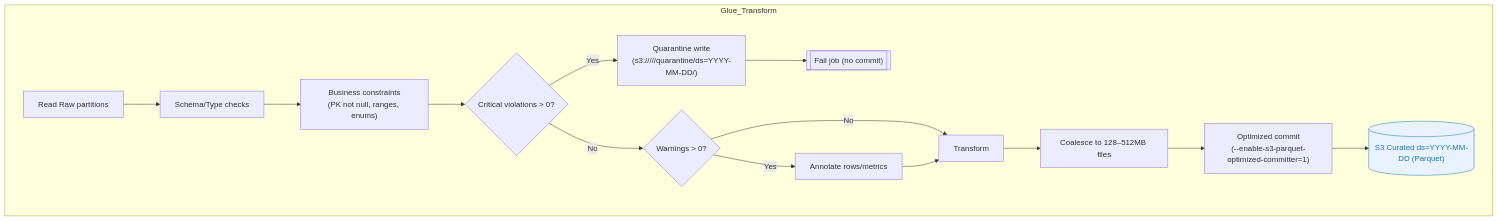
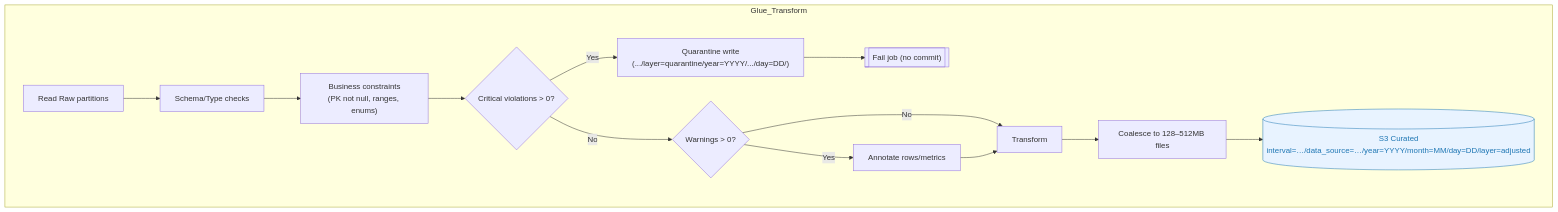
Before and after one commit to keemgdeok/fin-forge-pipeline: the diagram in docs/diagrams/transform/04-data-quality-gate.md, drawn with Mermaid. The commit also changed 35 other files, not shown here.

Commit message:
docs: refresh diagrams

````diff
--- a/docs/diagrams/transform/04-data-quality-gate.md
+++ b/docs/diagrams/transform/04-data-quality-gate.md
@@ -1,20 +1,19 @@
 ```mermaid
 flowchart TD
   subgraph Glue_Transform
     R["Read Raw partitions"] --> S["Schema/Type checks"]
     S --> C["Business constraints<br/>(PK not null, ranges, enums)"]
     C --> D{Critical violations > 0?}
-    D -->|Yes| Q["Quarantine write<br/>(s3://<curated-bucket>/<domain>/<table>/quarantine/ds=YYYY-MM-DD/)"]
+    D -->|Yes| Q["Quarantine write<br/>(.../layer=quarantine/year=YYYY/.../day=DD/)"]
     Q --> F[["Fail job (no commit)"]]
     D -->|No| W{Warnings > 0?}
     W -->|Yes| AN["Annotate rows/metrics"]
     W -->|No| T["Transform"]
     AN --> T
     T --> CO["Coalesce to 128–512MB files"]
-    CO --> K["Optimized commit<br/>(--enable-s3-parquet-optimized-committer=1)"]
-    K --> CUR[("S3 Curated ds=YYYY-MM-DD (Parquet)")]
+    CO --> CUR[("S3 Curated<br/>interval=…/data_source=…/year=YYYY/month=MM/day=DD/layer=adjusted")]
   end
 
   classDef store fill:#e8f3ff,stroke:#1f77b4,color:#1f77b4;
   class CUR store;
 ```
````
